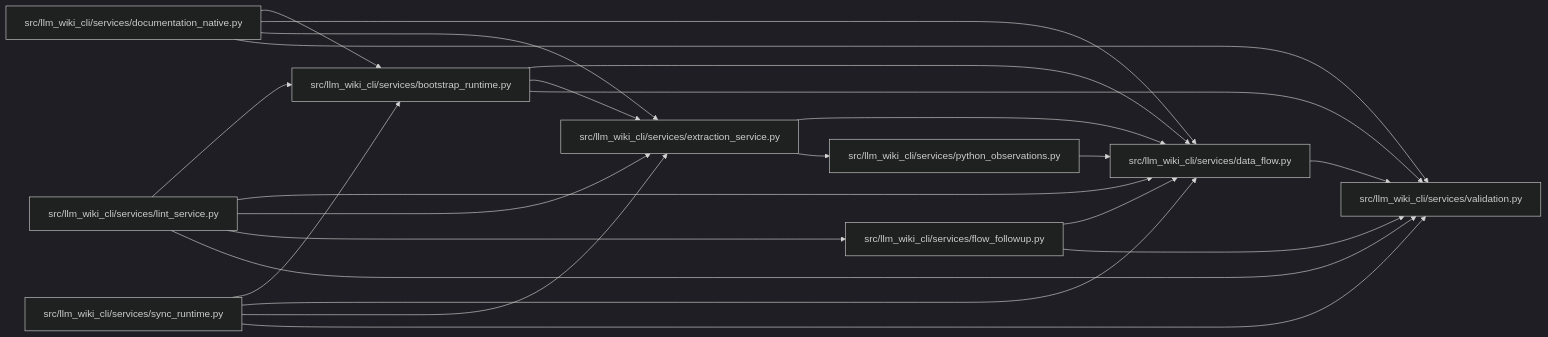
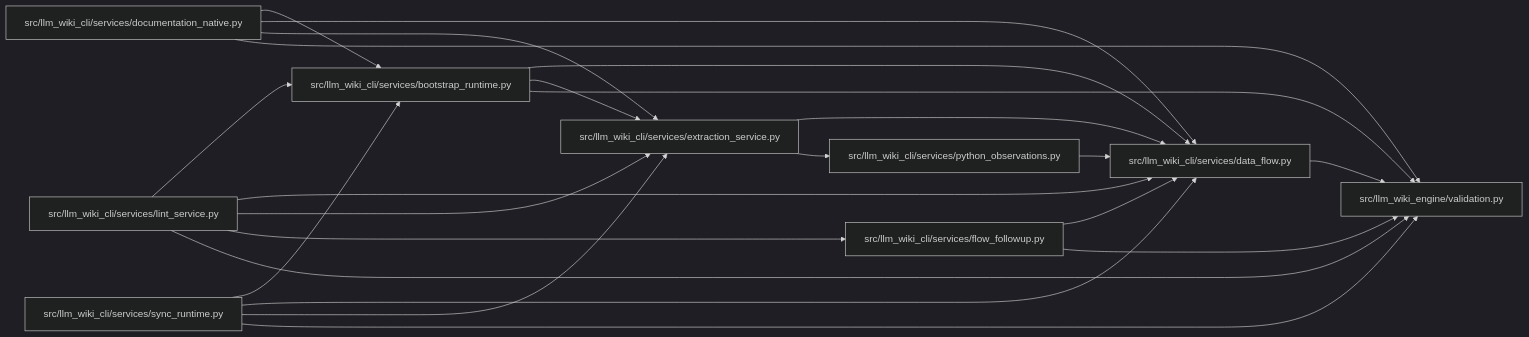
The diagram in docs/llm_wiki/modules/data_flow.md (Denissvgn/python-wiki-llm), drawn with Mermaid (dark theme) before and after one commit. The commit also changed other lines of this file and 1103 other files, not shown here.

First line of the commit message:
docs: refresh the wiki for the llm-wiki-engine distribution

````diff
--- a/docs/llm_wiki/modules/data_flow.md
+++ b/docs/llm_wiki/modules/data_flow.md
@@ -26,43 +26,43 @@
 ```mermaid
 flowchart LR
     n0["src/llm_wiki_cli/services/bootstrap_runtime.py"]
     n1["src/llm_wiki_cli/services/data_flow.py"]
     n2["src/llm_wiki_cli/services/documentation_native.py"]
     n3["src/llm_wiki_cli/services/extraction_service.py"]
     n4["src/llm_wiki_cli/services/flow_followup.py"]
     n5["src/llm_wiki_cli/services/lint_service.py"]
     n6["src/llm_wiki_cli/services/python_observations.py"]
     n7["src/llm_wiki_cli/services/sync_runtime.py"]
-    n8["src/llm_wiki_cli/services/validation.py"]
+    n8["src/llm_wiki_engine/validation.py"]
     n0 --> n1
     n0 --> n3
     n0 --> n8
     n1 --> n8
     n2 --> n0
     n2 --> n1
     n2 --> n3
     n2 --> n8
     n3 --> n1
     n3 --> n6
     n4 --> n1
     n4 --> n8
     n5 --> n0
     n5 --> n1
     n5 --> n3
     n5 --> n4
     n5 --> n8
     n6 --> n1
     n7 --> n0
     n7 --> n1
     n7 --> n3
     n7 --> n8
     click n0 "../modules/bootstrap_runtime.md"
     click n1 "../modules/data_flow.md"
     click n2 "../modules/documentation_native.md"
     click n3 "../modules/extraction_service.md"
     click n4 "../modules/flow_followup.md"
     click n5 "../modules/lint_service.md"
     click n6 "../modules/python_observations.md"
     click n7 "../modules/sync_runtime.md"
     click n8 "../modules/validation.md"
 ```
````
